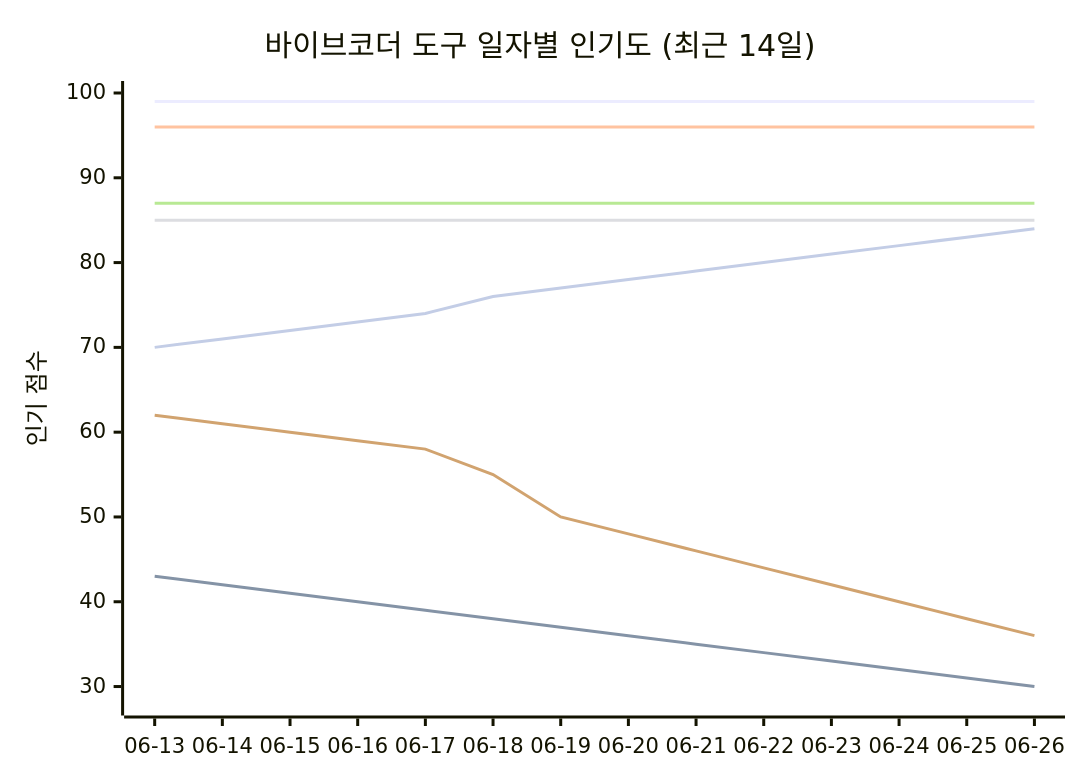
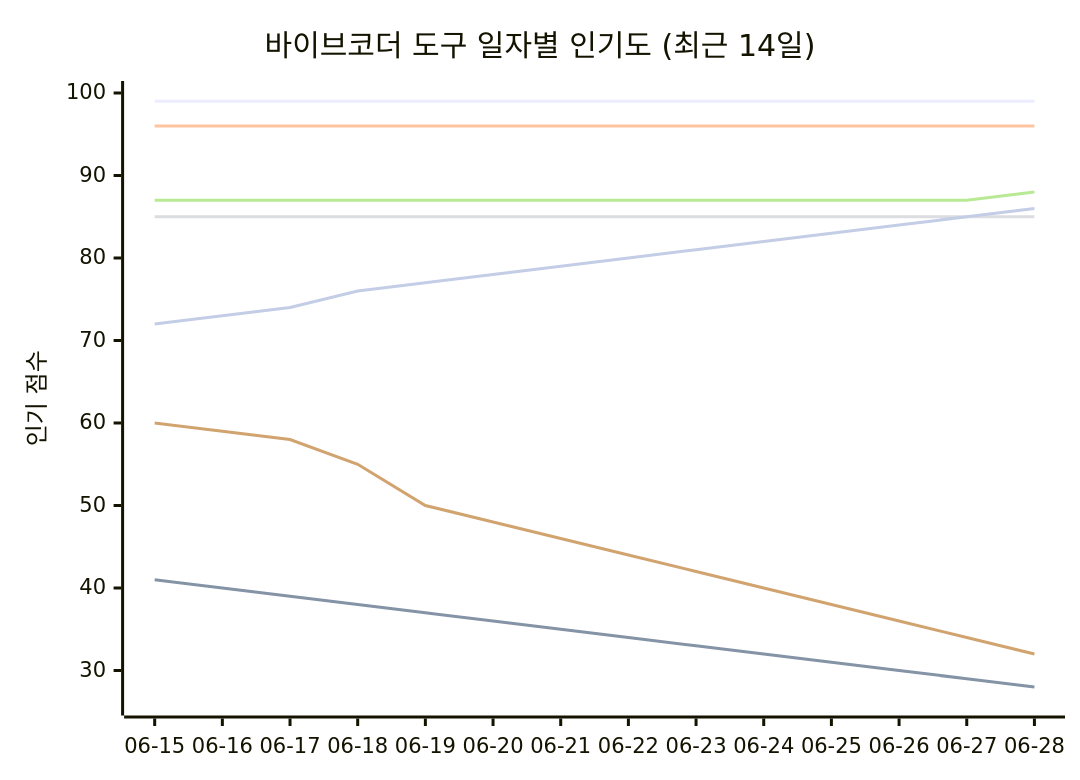
The seventh of 11 diagrams in README_ko.md (tykimos/ai-whatchelin), drawn with Mermaid before and after one commit. The commit also changed other lines of this file and 4 other files, not shown here.

````diff
--- a/README_ko.md
+++ b/README_ko.md
@@ -1708,13 +1722,13 @@
 ```mermaid
 xychart-beta
     title "바이브코더 도구 일자별 인기도 (최근 14일)"
-    x-axis ["06-13", "06-14", "06-15", "06-16", "06-17", "06-18", "06-19", "06-20", "06-21", "06-22", "06-23", "06-24", "06-25", "06-26"]
-    y-axis "인기 점수" 28 --> 100
+    x-axis ["06-15", "06-16", "06-17", "06-18", "06-19", "06-20", "06-21", "06-22", "06-23", "06-24", "06-25", "06-26", "06-27", "06-28"]
+    y-axis "인기 점수" 26 --> 100
     line "Claude Code" [99, 99, 99, 99, 99, 99, 99, 99, 99, 99, 99, 99, 99, 99]
-    line "GH Copilot" [43, 42, 41, 40, 39, 38, 37, 36, 35, 34, 33, 32, 31, 30]
+    line "GH Copilot" [41, 40, 39, 38, 37, 36, 35, 34, 33, 32, 31, 30, 29, 28]
     line "Cursor" [96, 96, 96, 96, 96, 96, 96, 96, 96, 96, 96, 96, 96, 96]
     line "Windsurf" [85, 85, 85, 85, 85, 85, 85, 85, 85, 85, 85, 85, 85, 85]
-    line "Codex CLI" [87, 87, 87, 87, 87, 87, 87, 87, 87, 87, 87, 87, 87, 87]
-    line "Gemini CLI" [62, 61, 60, 59, 58, 55, 50, 48, 46, 44, 42, 40, 38, 36]
-    line "Antigravity" [70, 71, 72, 73, 74, 76, 77, 78, 79, 80, 81, 82, 83, 84]
+    line "Codex CLI" [87, 87, 87, 87, 87, 87, 87, 87, 87, 87, 87, 87, 87, 88]
+    line "Gemini CLI" [60, 59, 58, 55, 50, 48, 46, 44, 42, 40, 38, 36, 34, 32]
+    line "Antigravity" [72, 73, 74, 76, 77, 78, 79, 80, 81, 82, 83, 84, 85, 86]
 ```
````
